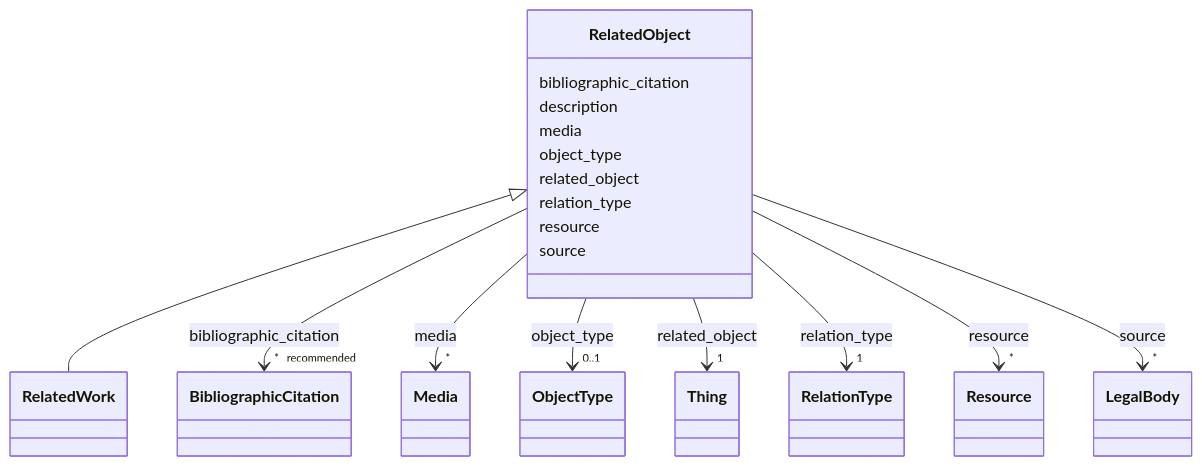
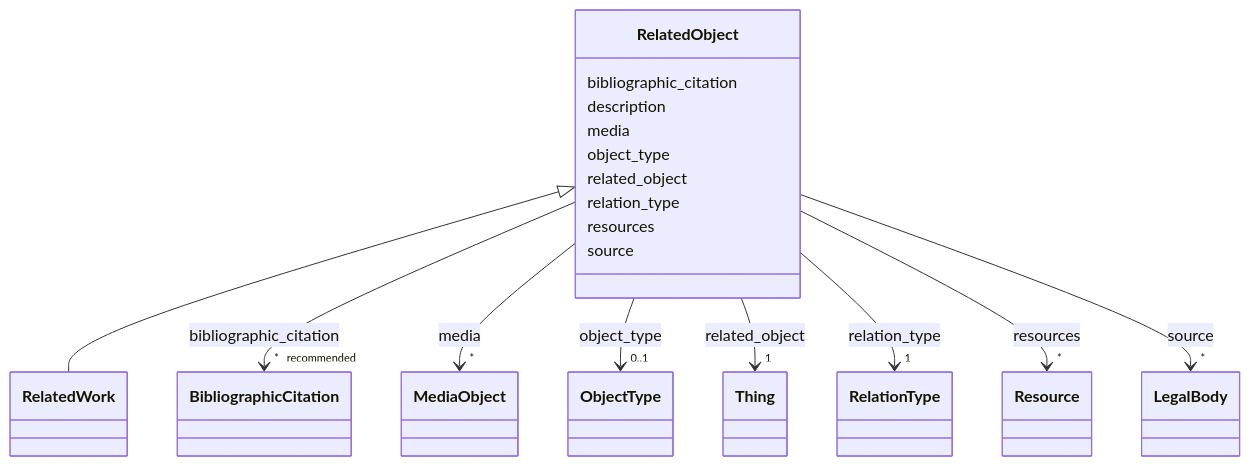
One commit to arqtrad/schema changed the diagram in docs/RelatedObject.md. Above: the diagram before and after it, drawn with Mermaid. The commit also changed other lines of this file and 137 other files, not shown here.

```diff
--- a/docs/RelatedObject.md
+++ b/docs/RelatedObject.md
@@ -96,8 +86,8 @@
 
 
 
-        RelatedObject --> "*" Media : media
-        click Media href "../Media/"
+        RelatedObject --> "*" MediaObject : media
+        click MediaObject href "../MediaObject/"
 
 
 
@@ -134,13 +124,13 @@
 
 
 
-      RelatedObject : resource
+      RelatedObject : resources
 
 
 
 
 
-        RelatedObject --> "*" Resource : resource
+        RelatedObject --> "*" Resource : resources
         click Resource href "../Resource/"
 
 
```
